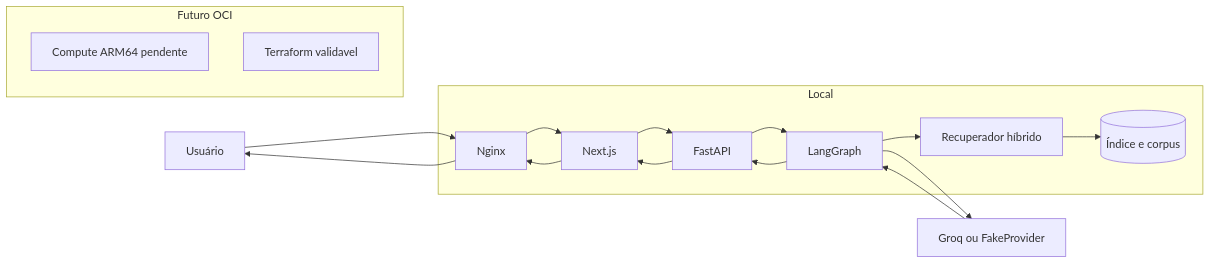
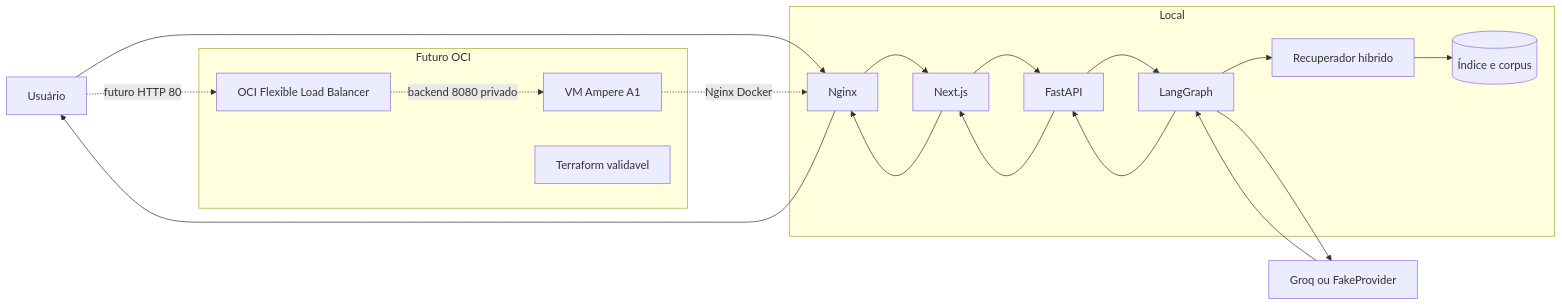
One commit to brodyandre/edudocs-ai-agent-oci changed the second of 2 diagrams in README.md. Above: the diagram before and after it, drawn with Mermaid. The commit also changed other lines of this file and 25 other files, not shown here.

Commit message:
feat(infra): adiciona load balancer Always Free à arquitetura OCI

````diff
--- a/README.md
+++ b/README.md
@@ -171,29 +171,34 @@
 ```mermaid
 flowchart LR
     U[Usuário] --> N[Nginx]
     N --> W[Next.js]
     W --> A[FastAPI]
     A --> G[LangGraph]
     G --> R[Recuperador híbrido]
     R --> C[(Índice e corpus)]
     G --> P[Groq ou FakeProvider]
     P --> G
     G --> A
     A --> W
     W --> N
     N --> U
 
     subgraph Local
       N
       W
       A
       G
       R
       C
     end
 
     subgraph Futuro OCI
-      OCI[Compute ARM64 pendente]
+      LB[OCI Flexible Load Balancer]
+      OCI[VM Ampere A1]
       TF[Terraform validavel]
     end
+
+    U -. futuro HTTP 80 .-> LB
+    LB -. backend 8080 privado .-> OCI
+    OCI -. Nginx Docker .-> N
 ```
````
